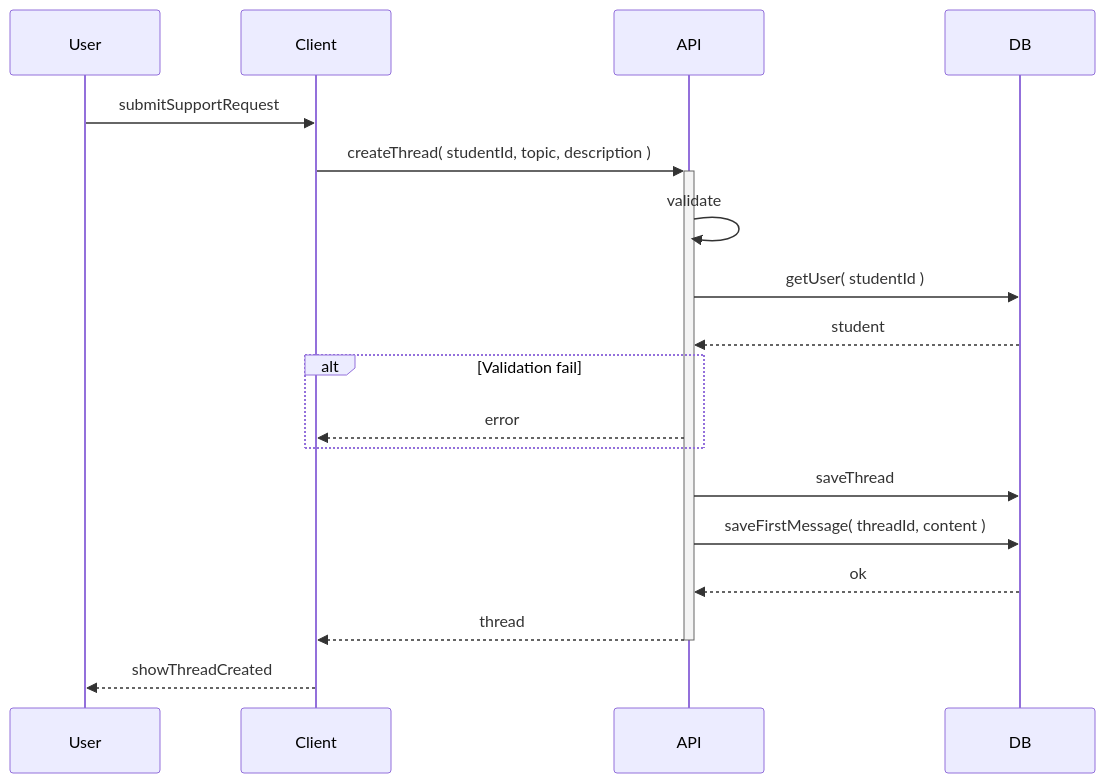
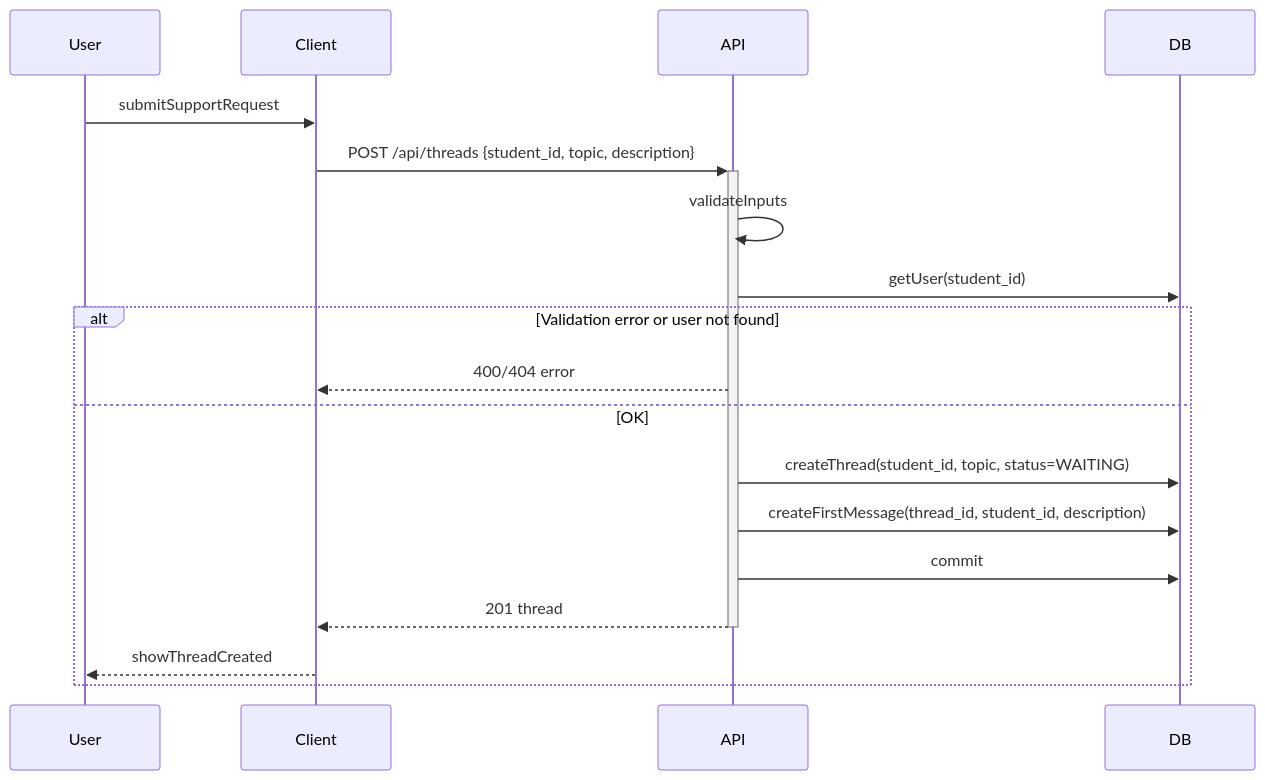
The diagram in docs/sequence-create-thread.md (sandyleedev/student-mental-support-app), drawn with Mermaid before and after one commit. The commit also changed other lines of this file, not shown here.

Commit message:
[BUS-31] docs: update create thread sequence diagram

````diff
--- a/docs/sequence-create-thread.md
+++ b/docs/sequence-create-thread.md
@@ -5,21 +5,23 @@
 ```mermaid
 sequenceDiagram
     participant User
     participant Client
     participant API
     participant DB
 
     User->>Client: submitSupportRequest
-    Client->>+API: createThread( studentId, topic, description )
-    API->>API: validate
-    API->>DB: getUser( studentId )
-    DB-->>API: student
-    alt Validation fail
-        API-->>Client: error
+    Client->>+API: POST /api/threads {student_id, topic, description}
+
+    API->>API: validateInputs
+    API->>DB: getUser(student_id)
+
+    alt Validation error or user not found
+        API-->>Client: 400/404 error
+    else OK
+        API->>DB: createThread(student_id, topic, status=WAITING)
+        API->>DB: createFirstMessage(thread_id, student_id, description)
+        API->>DB: commit
+        API-->>-Client: 201 thread
+        Client-->>User: showThreadCreated
     end
-    API->>DB: saveThread
-    API->>DB: saveFirstMessage( threadId, content )
-    DB-->>API: ok
-    API-->>-Client: thread
-    Client-->>User: showThreadCreated
 ```
````
